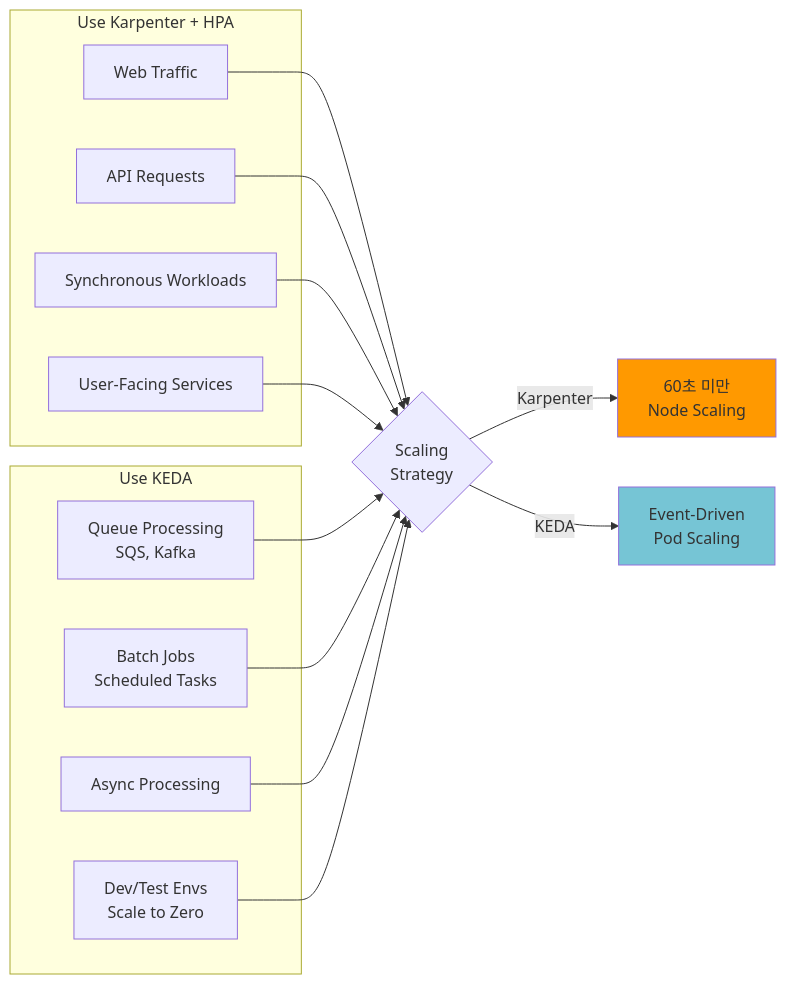
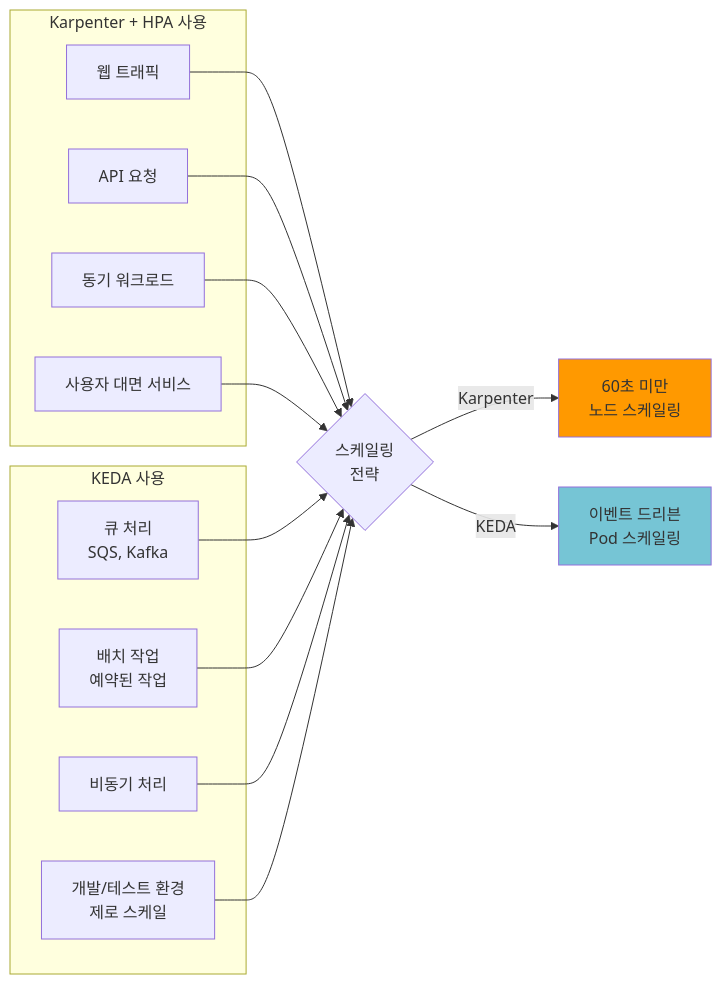
The tenth of 13 diagrams in docs/performance-networking/karpenter-autoscaling.md (devfloor9/engineering-playbook), drawn with Mermaid before and after one commit. The commit also changed other lines of this file and 30 other files, not shown here.

````diff
--- a/docs/performance-networking/karpenter-autoscaling.md
+++ b/docs/performance-networking/karpenter-autoscaling.md
@@ -452,33 +544,33 @@
 ```mermaid
 graph LR
-    subgraph "Use Karpenter + HPA"
-        WEB[Web Traffic]
-        API[API Requests]
-        SYNC[Synchronous Workloads]
-        USER[User-Facing Services]
+    subgraph "Karpenter + HPA 사용"
+        WEB[웹 트래픽]
+        API[API 요청]
+        SYNC[동기 워크로드]
+        USER[사용자 대면 서비스]
     end
 
-    subgraph "Use KEDA"
-        QUEUE[Queue Processing<br/>SQS, Kafka]
-        BATCH[Batch Jobs<br/>Scheduled Tasks]
-        ASYNC[Async Processing]
-        DEV[Dev/Test Envs<br/>Scale to Zero]
+    subgraph "KEDA 사용"
+        QUEUE[큐 처리<br/>SQS, Kafka]
+        BATCH[배치 작업<br/>예약된 작업]
+        ASYNC[비동기 처리]
+        DEV[개발/테스트 환경<br/>제로 스케일]
     end
 
-    WEB --> DECISION{Scaling<br/>Strategy}
+    WEB --> DECISION{스케일링<br/>전략}
     API --> DECISION
     SYNC --> DECISION
     USER --> DECISION
 
     QUEUE --> DECISION
     BATCH --> DECISION
     ASYNC --> DECISION
     DEV --> DECISION
 
-    DECISION -->|Karpenter| FAST[60초 미만<br/>Node Scaling]
-    DECISION -->|KEDA| EVENT[Event-Driven<br/>Pod Scaling]
+    DECISION -->|Karpenter| FAST[60초 미만<br/>노드 스케일링]
+    DECISION -->|KEDA| EVENT[이벤트 드리븐<br/>Pod 스케일링]
 
     style FAST fill:#ff9900
     style EVENT fill:#76c5d5
 
 ```
````
